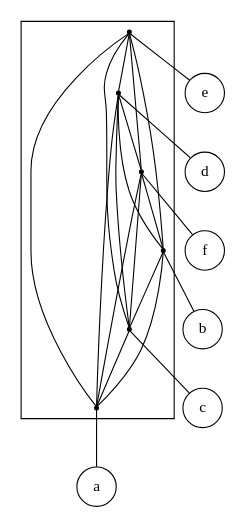
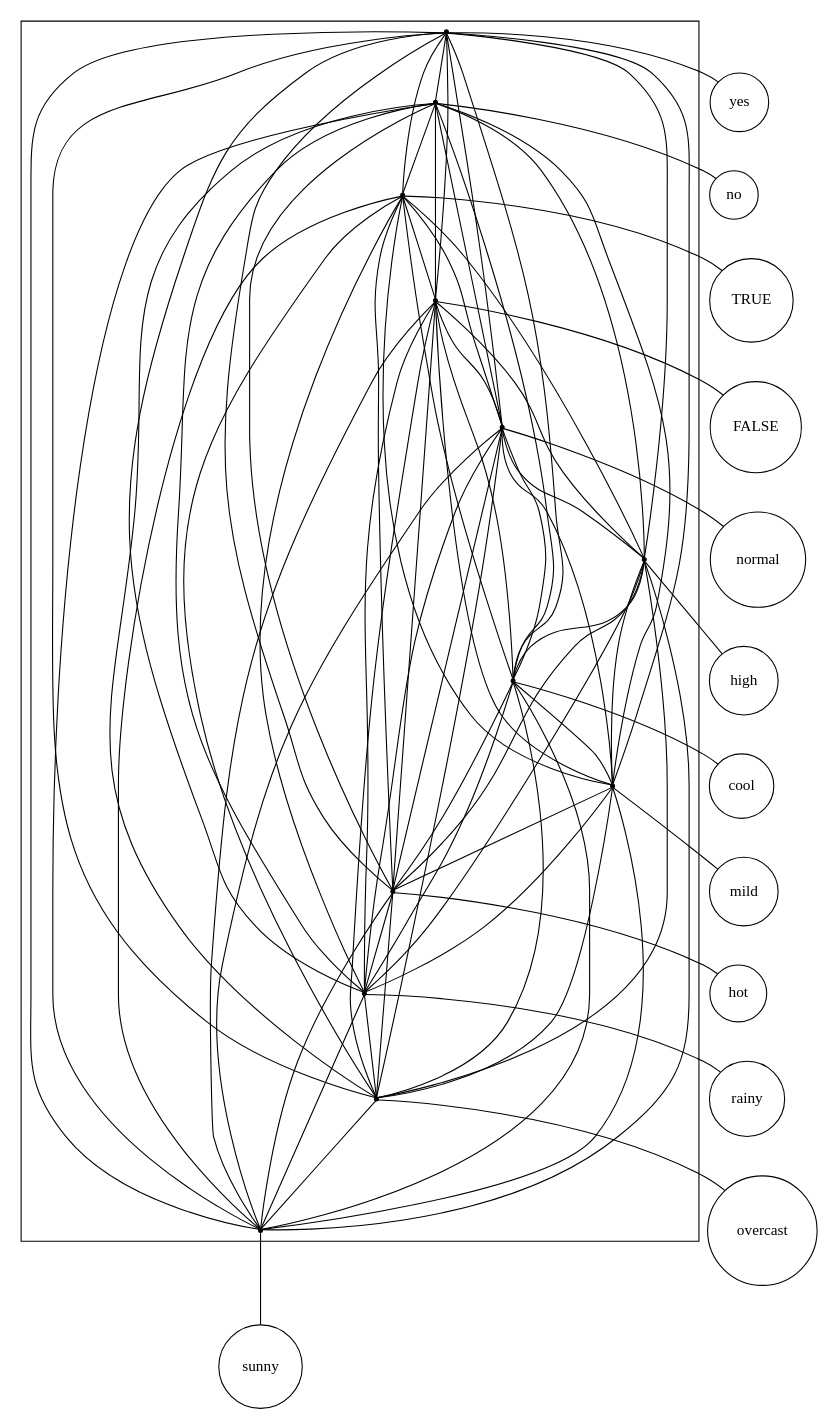
One commit to lrodrin/TFG changed the diagram in src/final/plain_2-structure.dot. Above: the diagram before and after it, drawn with Graphviz. The commit also changed 4 other files, not shown here.

Commit message:
refactor plain graphs. he vist un petit error de disseny.

```diff
--- a/src/final/plain_2-structure.dot
+++ b/src/final/plain_2-structure.dot
@@ -1,38 +1,101 @@
-digraph "plain_2-structure" {
+strict digraph "plain_2-structure" {
 compound=true;
 fontname=Verdana;
 fontsize=12;
 newrank=true;
 node [shape=circle];
-e;
-d;
-f;
-b;
-c;
-a;
-subgraph cluster_faebdc {
+yes;
+no;
+TRUE;
+FALSE;
+normal;
+high;
+cool;
+mild;
+hot;
+rainy;
+overcast;
+sunny;
+subgraph cluster_coolmildsunnyovercastyesnormalrainyhotFALSETRUEhighno {
 node [shape=point];
-s_e -> s_d  [color=black, arrowhead=none];
-s_e -> s_f  [color=black, arrowhead=none];
-s_e -> s_b  [color=black, arrowhead=none];
-s_e -> s_c  [color=black, arrowhead=none];
-s_e -> s_a  [color=black, arrowhead=none];
-s_d -> s_f  [color=black, arrowhead=none];
-s_d -> s_b  [color=black, arrowhead=none];
-s_d -> s_c  [color=black, arrowhead=none];
-s_d -> s_a  [color=black, arrowhead=none];
-s_f -> s_b  [color=black, arrowhead=none];
-s_f -> s_c  [color=black, arrowhead=none];
-s_f -> s_a  [color=black, arrowhead=none];
-s_b -> s_c  [color=black, arrowhead=none];
-s_b -> s_a  [color=black, arrowhead=none];
-s_c -> s_a  [color=black, arrowhead=none];
+s_yes -> s_no  [color=black, arrowhead=none];
+s_yes -> s_TRUE  [color=black, arrowhead=none];
+s_yes -> s_FALSE  [color=black, arrowhead=none];
+s_yes -> s_normal  [color=black, arrowhead=none];
+s_yes -> s_high  [color=black, arrowhead=none];
+s_yes -> s_cool  [color=black, arrowhead=none];
+s_yes -> s_mild  [color=black, arrowhead=none];
+s_yes -> s_hot  [color=black, arrowhead=none];
+s_yes -> s_rainy  [color=black, arrowhead=none];
+s_yes -> s_overcast  [color=black, arrowhead=none];
+s_yes -> s_sunny  [color=black, arrowhead=none];
+s_no -> s_TRUE  [color=black, arrowhead=none];
+s_no -> s_FALSE  [color=black, arrowhead=none];
+s_no -> s_normal  [color=black, arrowhead=none];
+s_no -> s_high  [color=black, arrowhead=none];
+s_no -> s_cool  [color=black, arrowhead=none];
+s_no -> s_mild  [color=black, arrowhead=none];
+s_no -> s_hot  [color=black, arrowhead=none];
+s_no -> s_rainy  [color=black, arrowhead=none];
+s_no -> s_overcast  [color=black, arrowhead=none];
+s_no -> s_sunny  [color=black, arrowhead=none];
+s_TRUE -> s_FALSE  [color=black, arrowhead=none];
+s_TRUE -> s_normal  [color=black, arrowhead=none];
+s_TRUE -> s_high  [color=black, arrowhead=none];
+s_TRUE -> s_cool  [color=black, arrowhead=none];
+s_TRUE -> s_mild  [color=black, arrowhead=none];
+s_TRUE -> s_hot  [color=black, arrowhead=none];
+s_TRUE -> s_rainy  [color=black, arrowhead=none];
+s_TRUE -> s_overcast  [color=black, arrowhead=none];
+s_TRUE -> s_sunny  [color=black, arrowhead=none];
+s_FALSE -> s_normal  [color=black, arrowhead=none];
+s_FALSE -> s_high  [color=black, arrowhead=none];
+s_FALSE -> s_cool  [color=black, arrowhead=none];
+s_FALSE -> s_mild  [color=black, arrowhead=none];
+s_FALSE -> s_hot  [color=black, arrowhead=none];
+s_FALSE -> s_rainy  [color=black, arrowhead=none];
+s_FALSE -> s_overcast  [color=black, arrowhead=none];
+s_FALSE -> s_sunny  [color=black, arrowhead=none];
+s_normal -> s_high  [color=black, arrowhead=none];
+s_normal -> s_cool  [color=black, arrowhead=none];
+s_normal -> s_mild  [color=black, arrowhead=none];
+s_normal -> s_hot  [color=black, arrowhead=none];
+s_normal -> s_rainy  [color=black, arrowhead=none];
+s_normal -> s_overcast  [color=black, arrowhead=none];
+s_normal -> s_sunny  [color=black, arrowhead=none];
+s_high -> s_cool  [color=black, arrowhead=none];
+s_high -> s_mild  [color=black, arrowhead=none];
+s_high -> s_hot  [color=black, arrowhead=none];
+s_high -> s_rainy  [color=black, arrowhead=none];
+s_high -> s_overcast  [color=black, arrowhead=none];
+s_high -> s_sunny  [color=black, arrowhead=none];
+s_cool -> s_mild  [color=black, arrowhead=none];
+s_cool -> s_hot  [color=black, arrowhead=none];
+s_cool -> s_rainy  [color=black, arrowhead=none];
+s_cool -> s_overcast  [color=black, arrowhead=none];
+s_cool -> s_sunny  [color=black, arrowhead=none];
+s_mild -> s_hot  [color=black, arrowhead=none];
+s_mild -> s_rainy  [color=black, arrowhead=none];
+s_mild -> s_overcast  [color=black, arrowhead=none];
+s_mild -> s_sunny  [color=black, arrowhead=none];
+s_hot -> s_rainy  [color=black, arrowhead=none];
+s_hot -> s_overcast  [color=black, arrowhead=none];
+s_hot -> s_sunny  [color=black, arrowhead=none];
+s_rainy -> s_overcast  [color=black, arrowhead=none];
+s_rainy -> s_sunny  [color=black, arrowhead=none];
+s_overcast -> s_sunny  [color=black, arrowhead=none];
 }
 
-s_e -> e  [arrowhead=none];
-s_d -> d  [arrowhead=none];
-s_f -> f  [arrowhead=none];
-s_b -> b  [arrowhead=none];
-s_c -> c  [arrowhead=none];
-s_a -> a  [arrowhead=none];
+s_yes -> yes  [arrowhead=none];
+s_no -> no  [arrowhead=none];
+s_TRUE -> TRUE  [arrowhead=none];
+s_FALSE -> FALSE  [arrowhead=none];
+s_normal -> normal  [arrowhead=none];
+s_high -> high  [arrowhead=none];
+s_cool -> cool  [arrowhead=none];
+s_mild -> mild  [arrowhead=none];
+s_hot -> hot  [arrowhead=none];
+s_rainy -> rainy  [arrowhead=none];
+s_overcast -> overcast  [arrowhead=none];
+s_sunny -> sunny  [arrowhead=none];
 }
```
